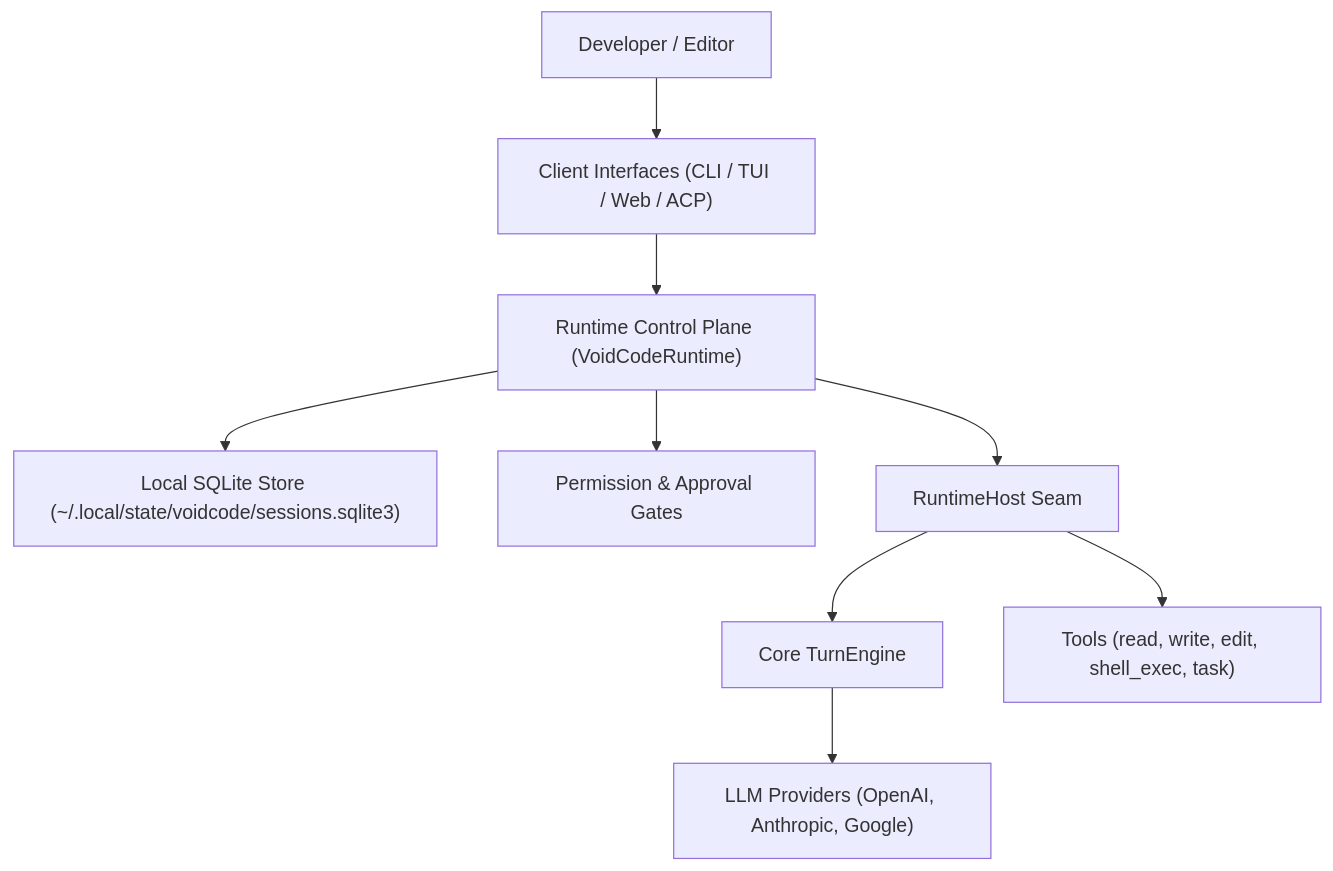
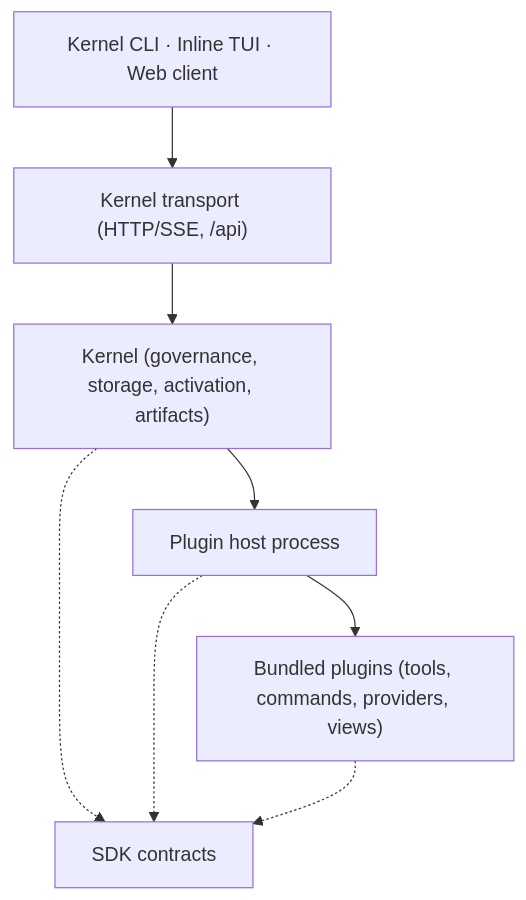
One commit to lei-jia-xing/voidcode changed the diagram in README.md. Above: the diagram before and after it, drawn with Mermaid. The commit also changed other lines of this file and 980 other files, not shown here.

````diff
--- a/README.md
+++ b/README.md
@@ -23,11 +109,10 @@
 ```mermaid
 graph TD
-    User["Developer / Editor"] --> Clients["Client Interfaces (CLI / TUI / Web / ACP)"]
-    Clients --> Runtime["Runtime Control Plane (VoidCodeRuntime)"]
-    Runtime --> Storage["Local SQLite Store (~/.local/state/voidcode/sessions.sqlite3)"]
-    Runtime --> Permissions["Permission & Approval Gates"]
-    Runtime --> Host["RuntimeHost Seam"]
-    Host --> Engine["Core TurnEngine"]
-    Engine --> Providers["LLM Providers (OpenAI, Anthropic, Google)"]
-    Host --> Tools["Tools (read, write, edit, shell_exec, task)"]
+    Clients["Kernel CLI · Inline TUI · Web client"] --> Transport["Kernel transport (HTTP/SSE, /api)"]
+    Transport --> Kernel["Kernel (governance, storage, activation, artifacts)"]
+    Kernel --> Host["Plugin host process"]
+    Host --> Plugins["Bundled plugins (tools, commands, providers, views)"]
+    Kernel -.-> SDK["SDK contracts"]
+    Host -.-> SDK
+    Plugins -.-> SDK
 ```
````
